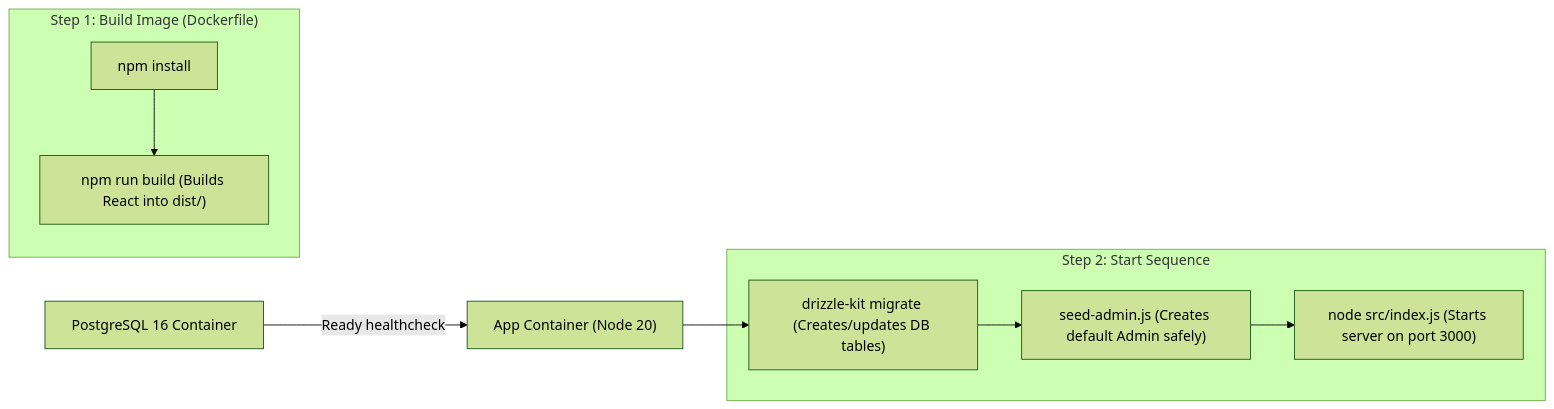
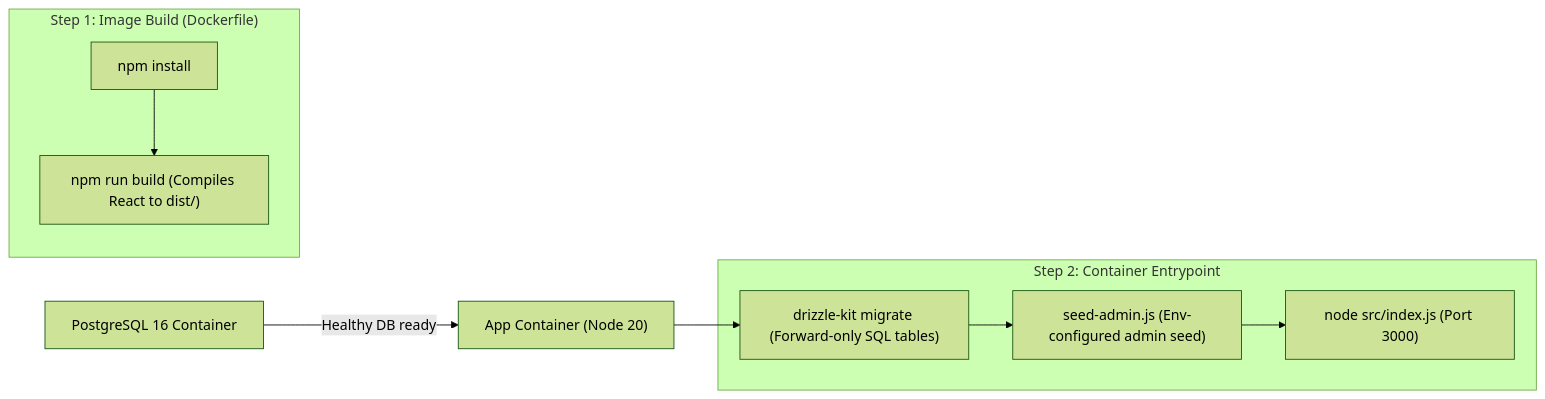
The first of 2 diagrams in docs/06-devops-testing-and-workflow.md (lyna-asma/project1-dtc), drawn with Mermaid (forest theme) before and after one commit. The commit also changed other lines of this file and 19 other files, not shown here.

Commit message:
docs: align Blendinar v1 product plan, 9-milestone backlog, ADRs, and visual diagrams

````diff
--- a/docs/06-devops-testing-and-workflow.md
+++ b/docs/06-devops-testing-and-workflow.md
@@ -31,11 +33,11 @@
 ```mermaid
 flowchart LR
-    DB["PostgreSQL 16 Container"] -->|Ready healthcheck| AppStart["App Container (Node 20)"]
-    subgraph Build_Time ["Step 1: Build Image (Dockerfile)"]
-        NPM["npm install"] --> ViteBuild["npm run build (Builds React into dist/)"]
+    DB["PostgreSQL 16 Container"] -->|"Healthy DB ready"| AppStart["App Container (Node 20)"]
+    subgraph Build_Time ["Step 1: Image Build (Dockerfile)"]
+        NPM["npm install"] --> ViteBuild["npm run build (Compiles React to dist/)"]
     end
-    subgraph Startup_CMD ["Step 2: Start Sequence"]
-        Migrate["drizzle-kit migrate (Creates/updates DB tables)"] --> Seed["seed-admin.js (Creates default Admin safely)"] --> Serve["node src/index.js (Starts server on port 3000)"]
+    subgraph Startup_CMD ["Step 2: Container Entrypoint"]
+        Migrate["drizzle-kit migrate (Forward-only SQL tables)"] --> Seed["seed-admin.js (Env-configured admin seed)"] --> Serve["node src/index.js (Port 3000)"]
     end
     AppStart --> Migrate
 ```
````
